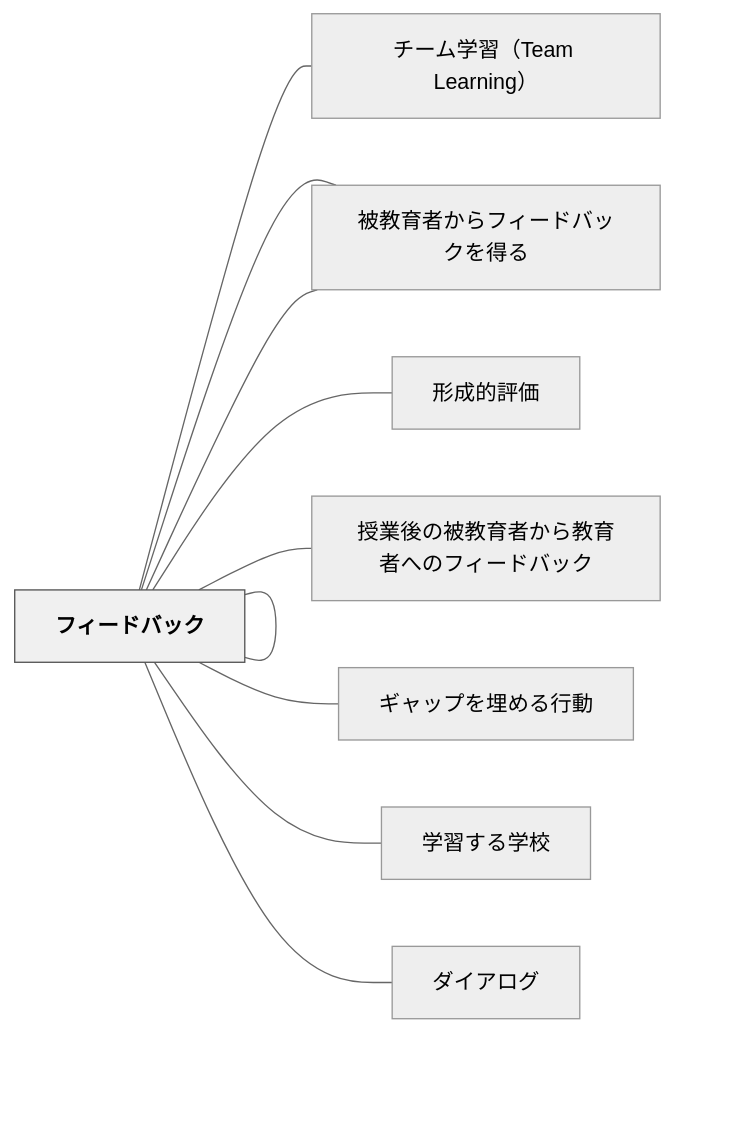
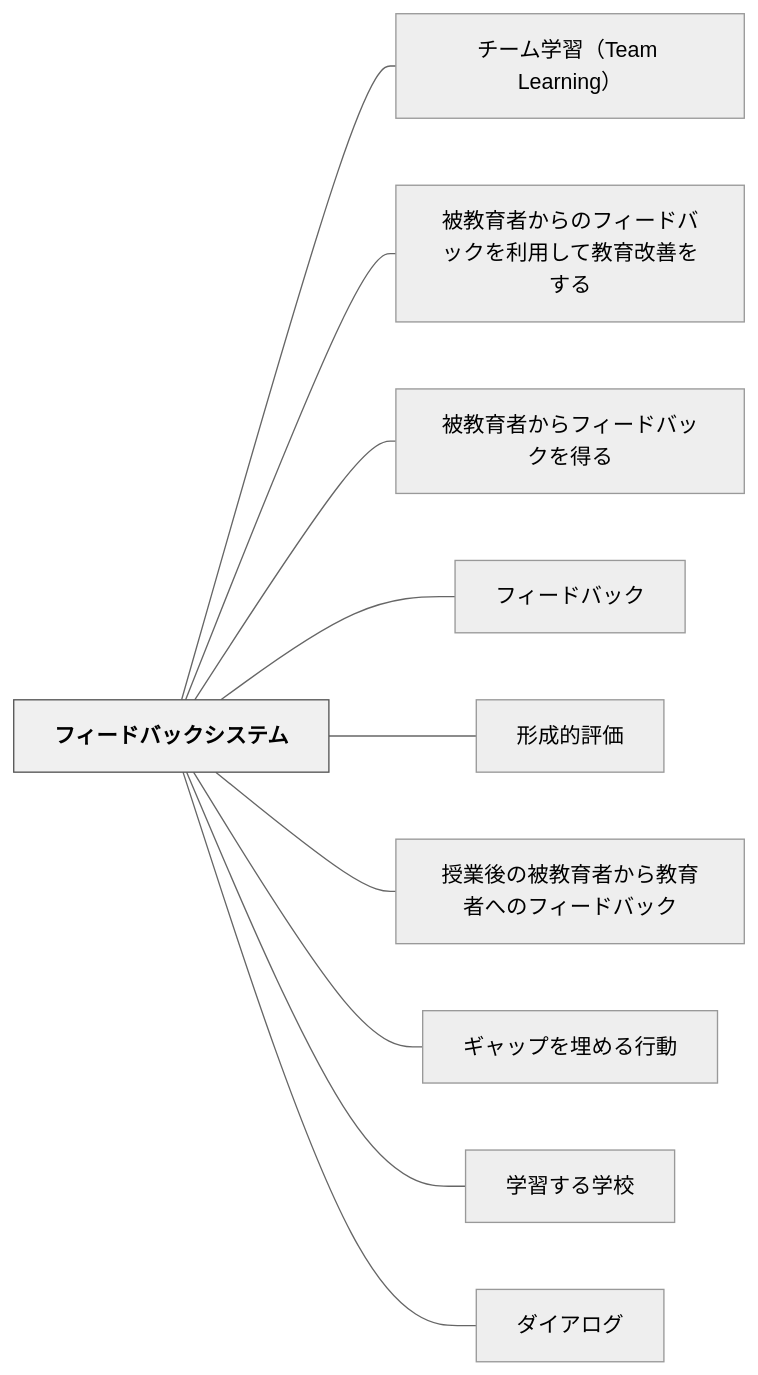
The diagram in content/パタン/フィードバックシステム.md (unknownthings-ed-patterns/unknownthings-ed-patterns), drawn with Mermaid (neutral theme) before and after one commit. The commit also changed 527 other files, not shown here.

````diff
--- a/content/パタン/フィードバックシステム.md
+++ b/content/パタン/フィードバックシステム.md
@@ -241,26 +241,26 @@
 ```mermaid
 flowchart LR
-    ne38395e382a3["フィードバックシステム"]
-    ne38381e383bc["チーム学習（Team Learning）"]
-    ne8a2abe69599["被教育者からのフィードバックを利用して教育改善をする"]
-    ne8a2abe69599["被教育者からフィードバックを得る"]
-    ne38395e382a3["フィードバック"]
-    ne5bda2e68890["形成的評価"]
-    ne68e88e6a5ad["授業後の被教育者から教育者へのフィードバック"]
-    ne382aee383a3["ギャップを埋める行動"]
-    ne5ada6e7bf92["学習する学校"]
-    ne38380e382a4["ダイアログ"]
+    ne38395e382a3e383bce38389e38390e38383e382afe382b7e382b9e38386e383a0["フィードバックシステム"]
+    ne38381e383bce383a0e5ada6e7bf92efbc885465616d204c6561726e696e67efbc89["チーム学習（Team Learning）"]
+    ne8a2abe69599e882b2e88085e3818be38289e381aee38395e382a3e383bce38389e38390e38383e382afe38292e588a9e794a8e38197e381a6e69599e882b2e694b9e59684e38292e38199e3828b["被教育者からのフィードバックを利用して教育改善をする"]
+    ne8a2abe69599e882b2e88085e3818be38289e38395e382a3e383bce38389e38390e38383e382afe38292e5be97e3828b["被教育者からフィードバックを得る"]
+    ne38395e382a3e383bce38389e38390e38383e382af["フィードバック"]
+    ne5bda2e68890e79a84e8a995e4bea1["形成的評価"]
+    ne68e88e6a5ade5be8ce381aee8a2abe69599e882b2e88085e3818be38289e69599e882b2e88085e381b8e381aee38395e382a3e383bce38389e38390e38383e382af["授業後の被教育者から教育者へのフィードバック"]
+    ne382aee383a3e38383e38397e38292e59f8be38281e3828be8a18ce58b95["ギャップを埋める行動"]
+    ne5ada6e7bf92e38199e3828be5ada6e6a0a1["学習する学校"]
+    ne38380e382a4e382a2e383ade382b0["ダイアログ"]
 
-    ne38395e382a3 --- ne38381e383bc
-    ne38395e382a3 --- ne8a2abe69599
-    ne38395e382a3 --- ne8a2abe69599
-    ne38395e382a3 --- ne38395e382a3
-    ne38395e382a3 --- ne5bda2e68890
-    ne38395e382a3 --- ne68e88e6a5ad
-    ne38395e382a3 --- ne382aee383a3
-    ne38395e382a3 --- ne5ada6e7bf92
-    ne38395e382a3 --- ne38380e382a4
+    ne38395e382a3e383bce38389e38390e38383e382afe382b7e382b9e38386e383a0 --- ne38381e383bce383a0e5ada6e7bf92efbc885465616d204c6561726e696e67efbc89
+    ne38395e382a3e383bce38389e38390e38383e382afe382b7e382b9e38386e383a0 --- ne8a2abe69599e882b2e88085e3818be38289e381aee38395e382a3e383bce38389e38390e38383e382afe38292e588a9e794a8e38197e381a6e69599e882b2e694b9e59684e38292e38199e3828b
+    ne38395e382a3e383bce38389e38390e38383e382afe382b7e382b9e38386e383a0 --- ne8a2abe69599e882b2e88085e3818be38289e38395e382a3e383bce38389e38390e38383e382afe38292e5be97e3828b
+    ne38395e382a3e383bce38389e38390e38383e382afe382b7e382b9e38386e383a0 --- ne38395e382a3e383bce38389e38390e38383e382af
+    ne38395e382a3e383bce38389e38390e38383e382afe382b7e382b9e38386e383a0 --- ne5bda2e68890e79a84e8a995e4bea1
+    ne38395e382a3e383bce38389e38390e38383e382afe382b7e382b9e38386e383a0 --- ne68e88e6a5ade5be8ce381aee8a2abe69599e882b2e88085e3818be38289e69599e882b2e88085e381b8e381aee38395e382a3e383bce38389e38390e38383e382af
+    ne38395e382a3e383bce38389e38390e38383e382afe382b7e382b9e38386e383a0 --- ne382aee383a3e38383e38397e38292e59f8be38281e3828be8a18ce58b95
+    ne38395e382a3e383bce38389e38390e38383e382afe382b7e382b9e38386e383a0 --- ne5ada6e7bf92e38199e3828be5ada6e6a0a1
+    ne38395e382a3e383bce38389e38390e38383e382afe382b7e382b9e38386e383a0 --- ne38380e382a4e382a2e383ade382b0
 
     classDef hub fill:#f0f0f0,stroke:#555,color:#000,font-weight:bold
-    class ne38395e382a3 hub
+    class ne38395e382a3e383bce38389e38390e38383e382afe382b7e382b9e38386e383a0 hub
 ```
````
